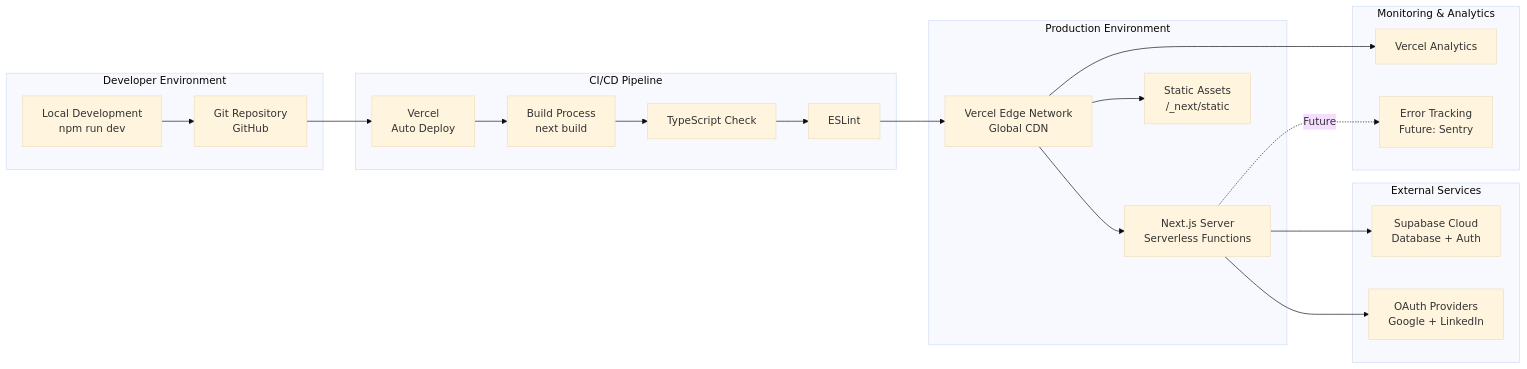
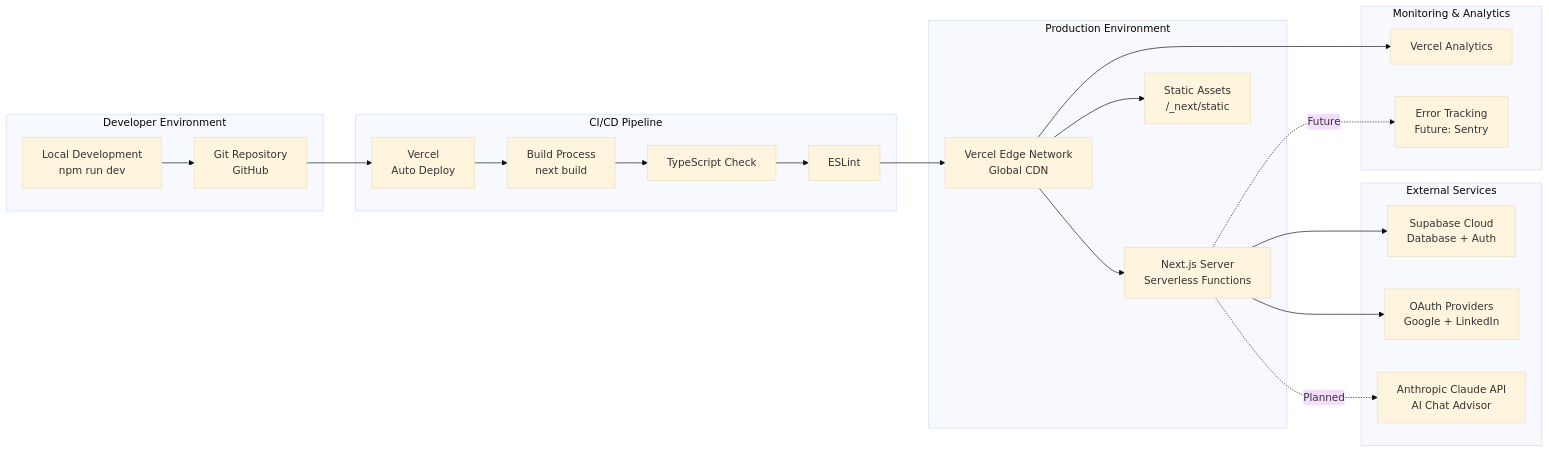
Before and after one commit to sjtinkerer-stack/firecfo-mvp: the eighth of 11 diagrams in docs/system-architecture-diagram.md, drawn with Mermaid (base theme). The commit also changed other lines of this file, not shown here.

First line of the commit message:
Update architecture diagram to include AI Chat feature (v2.0)

````diff
--- a/docs/system-architecture-diagram.md
+++ b/docs/system-architecture-diagram.md
@@ -394,46 +475,48 @@
 ```mermaid
 graph LR
     subgraph "Developer Environment"
         A1[Local Development<br/>npm run dev]
         A2[Git Repository<br/>GitHub]
     end
 
     subgraph "CI/CD Pipeline"
         B1[Vercel<br/>Auto Deploy]
         B2[Build Process<br/>next build]
         B3[TypeScript Check]
         B4[ESLint]
     end
 
     subgraph "Production Environment"
         C1[Vercel Edge Network<br/>Global CDN]
         C2[Next.js Server<br/>Serverless Functions]
         C3[Static Assets<br/>/_next/static]
     end
 
     subgraph "External Services"
         D1[Supabase Cloud<br/>Database + Auth]
         D2[OAuth Providers<br/>Google + LinkedIn]
+        D3[Anthropic Claude API<br/>AI Chat Advisor]
     end
 
     subgraph "Monitoring & Analytics"
         E1[Vercel Analytics]
         E2[Error Tracking<br/>Future: Sentry]
     end
 
     A1 --> A2
     A2 --> B1
     B1 --> B2
     B2 --> B3
     B3 --> B4
     B4 --> C1
 
     C1 --> C2
     C1 --> C3
 
     C2 --> D1
     C2 --> D2
+    C2 -.Planned.-> D3
 
     C1 --> E1
     C2 -.Future.-> E2
 ```
````
